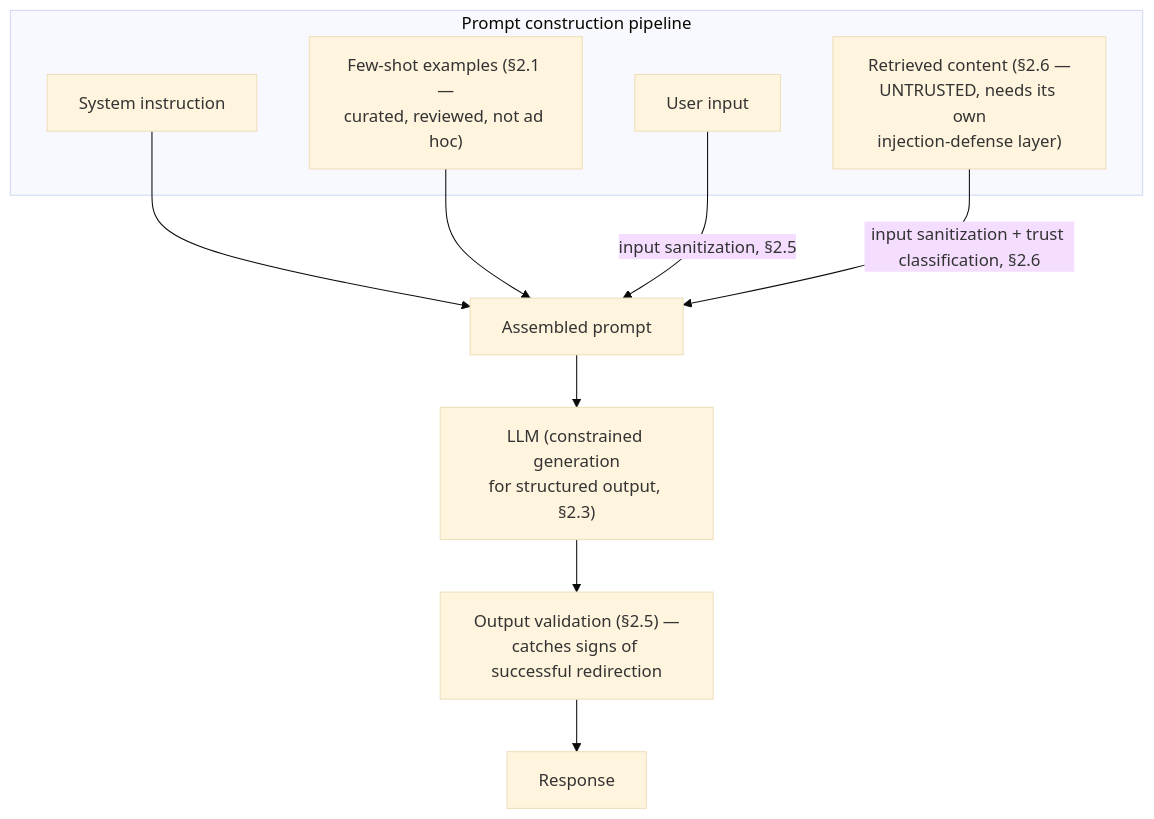
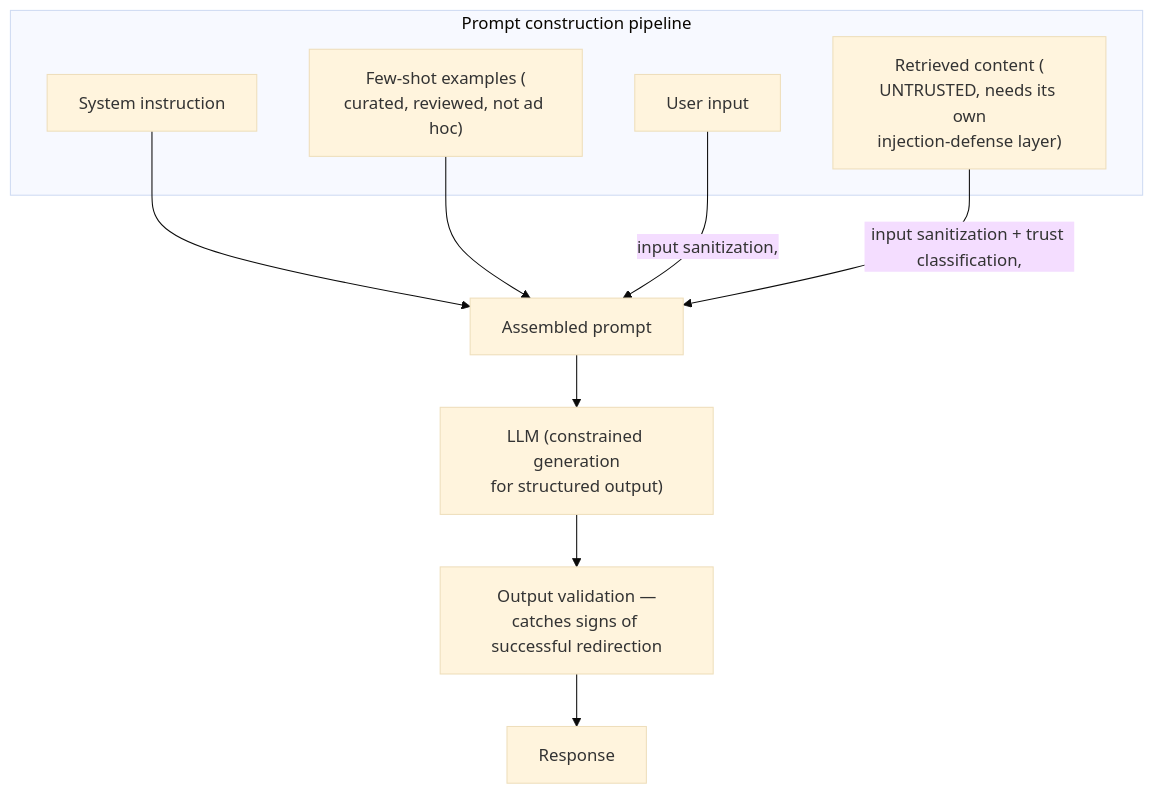
The diagram in 44-AI-Systems/02-Prompt-Engineering-Techniques-StructuredOutput-Testing-InjectionDefense.md (umashankarp/InterviewQuestions), drawn with Mermaid (base theme) before and after one commit. The commit also changed other lines of this file and 173 other files, not shown here.

````diff
--- a/44-AI-Systems/02-Prompt-Engineering-Techniques-StructuredOutput-Testing-InjectionDefense.md
+++ b/44-AI-Systems/02-Prompt-Engineering-Techniques-StructuredOutput-Testing-InjectionDefense.md
@@ -68,18 +68,18 @@
 ```mermaid
 graph TB
-    subgraph "Prompt construction pipeline"
-        Instruction[System instruction]
-        Examples["Few-shot examples (§2.1 —<br/>curated, reviewed, not ad hoc)"]
-        UserInput[User input]
-        Retrieved["Retrieved content (§2.6 —<br/>UNTRUSTED, needs its own<br/>injection-defense layer)"]
-    end
+ subgraph "Prompt construction pipeline"
+ Instruction[System instruction]
+ Examples["Few-shot examples (<br/>curated, reviewed, not ad hoc)"]
+ UserInput[User input]
+ Retrieved["Retrieved content (<br/>UNTRUSTED, needs its own<br/>injection-defense layer)"]
+ end
 
-    Instruction --> Assembled[Assembled prompt]
-    Examples --> Assembled
-    UserInput -->|input sanitization, §2.5| Assembled
-    Retrieved -->|input sanitization + trust classification, §2.6| Assembled
+ Instruction --> Assembled[Assembled prompt]
+ Examples --> Assembled
+ UserInput -->|input sanitization,| Assembled
+ Retrieved -->|input sanitization + trust classification,| Assembled
 
-    Assembled --> Model["LLM (constrained generation<br/>for structured output, §2.3)"]
-    Model --> OutputValidation["Output validation (§2.5) —<br/>catches signs of successful redirection"]
-    OutputValidation --> Response
+ Assembled --> Model["LLM (constrained generation<br/>for structured output)"]
+ Model --> OutputValidation["Output validation —<br/>catches signs of successful redirection"]
+ OutputValidation --> Response
 ```
````
